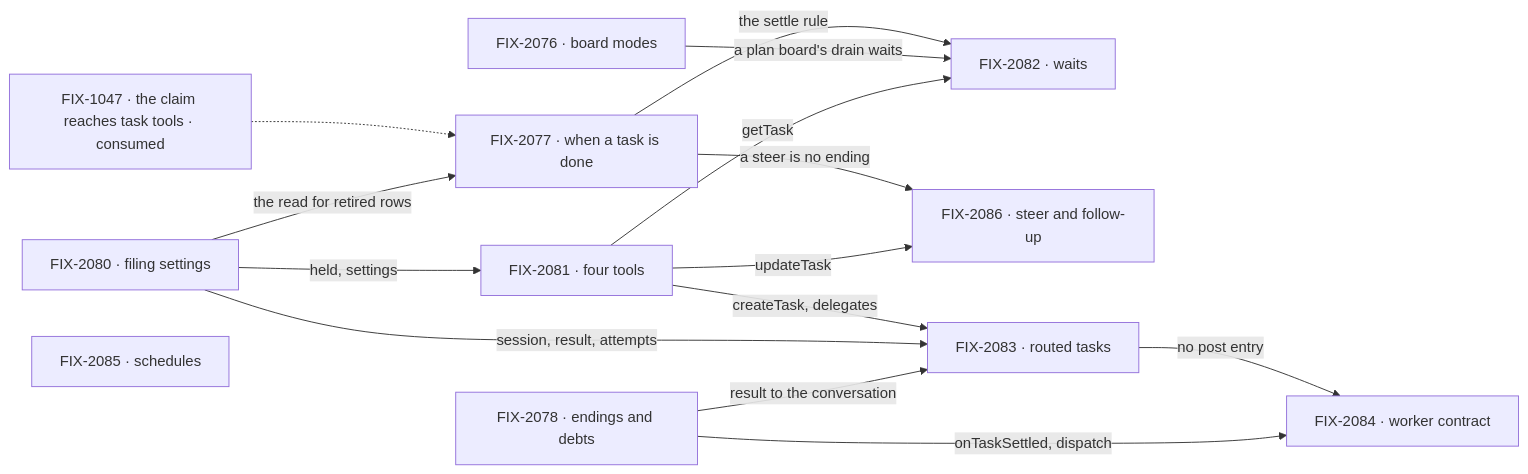
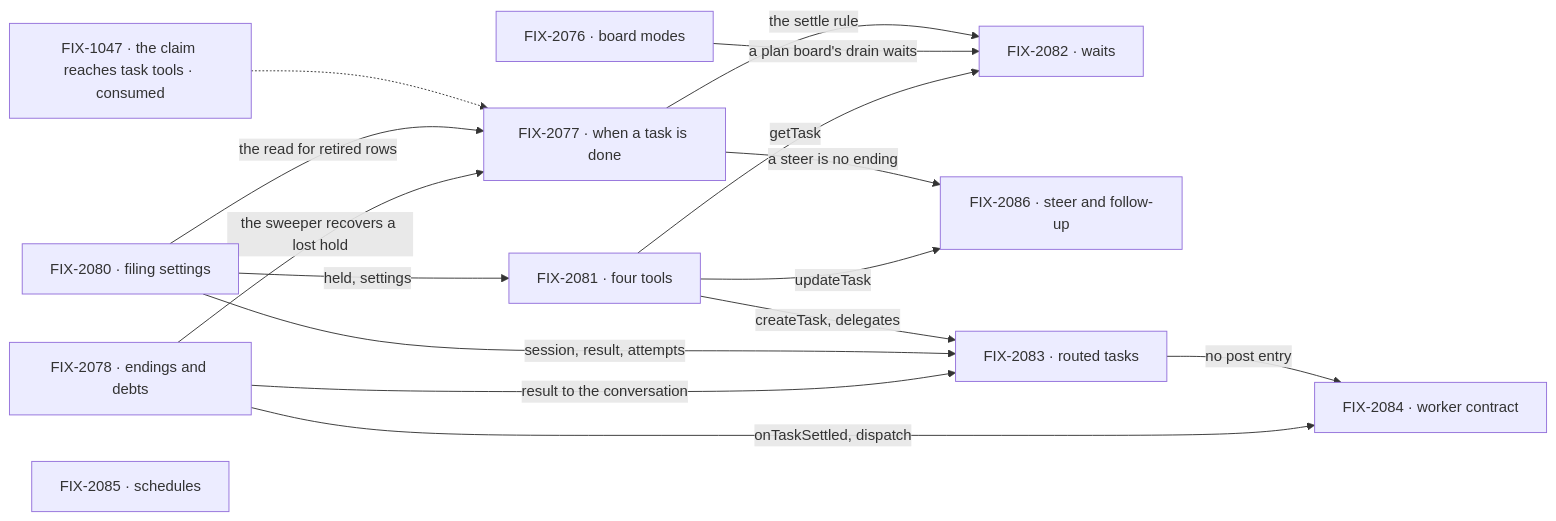
One commit to fixpoint-labs/flow-state-dev changed the second of 2 diagrams in specs/epics/FIX-2056/SPEC.md. Above: the diagram before and after it, drawn with Mermaid. The commit also changed other lines of this file, not shown here.

Commit message:
spec(FIX-2077): round 2, add FIX-2078 to the epic's blocked-by row and DAG
Claude-Session: https://claude.ai/code/session_01VaN4uTiYqiabCbsFLWM52A

````diff
--- a/specs/epics/FIX-2056/SPEC.md
+++ b/specs/epics/FIX-2056/SPEC.md
@@ -89,17 +89,18 @@
 ```mermaid
 flowchart LR
   I["FIX-1047 · the claim reaches task tools · consumed"] -.-> B
   L["FIX-2080 · filing settings"] -->|"the read for retired rows"| B["FIX-2077 · when a task is done"]
   B -->|"the settle rule"| W["FIX-2082 · waits"]
   B -->|"a steer is no ending"| S["FIX-2086 · steer and follow-up"]
   M["FIX-2076 · board modes"] -->|"a plan board's drain waits"| W
   L -->|"held, settings"| T["FIX-2081 · four tools"]
   T -->|"getTask"| W
   T -->|"updateTask"| S
   T -->|"createTask, delegates"| R["FIX-2083 · routed tasks"]
   L -->|"session, result, attempts"| R
-  E["FIX-2078 · endings and debts"] -->|"result to the conversation"| R
+  E["FIX-2078 · endings and debts"] -->|"the sweeper recovers a lost hold"| B
+  E -->|"result to the conversation"| R
   R -->|"no post entry"| K["FIX-2084 · worker contract"]
   E -->|"onTaskSettled, dispatch"| K
   H["FIX-2085 · schedules"]
 ```
````
